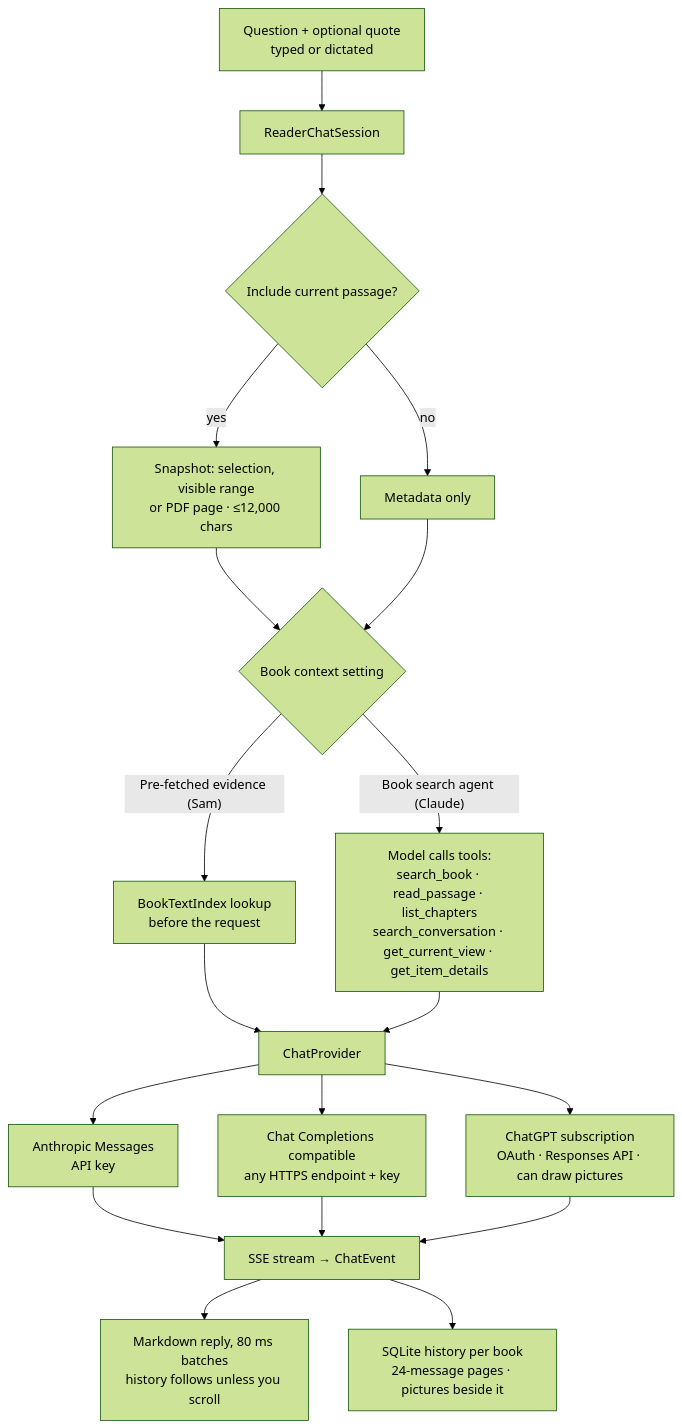
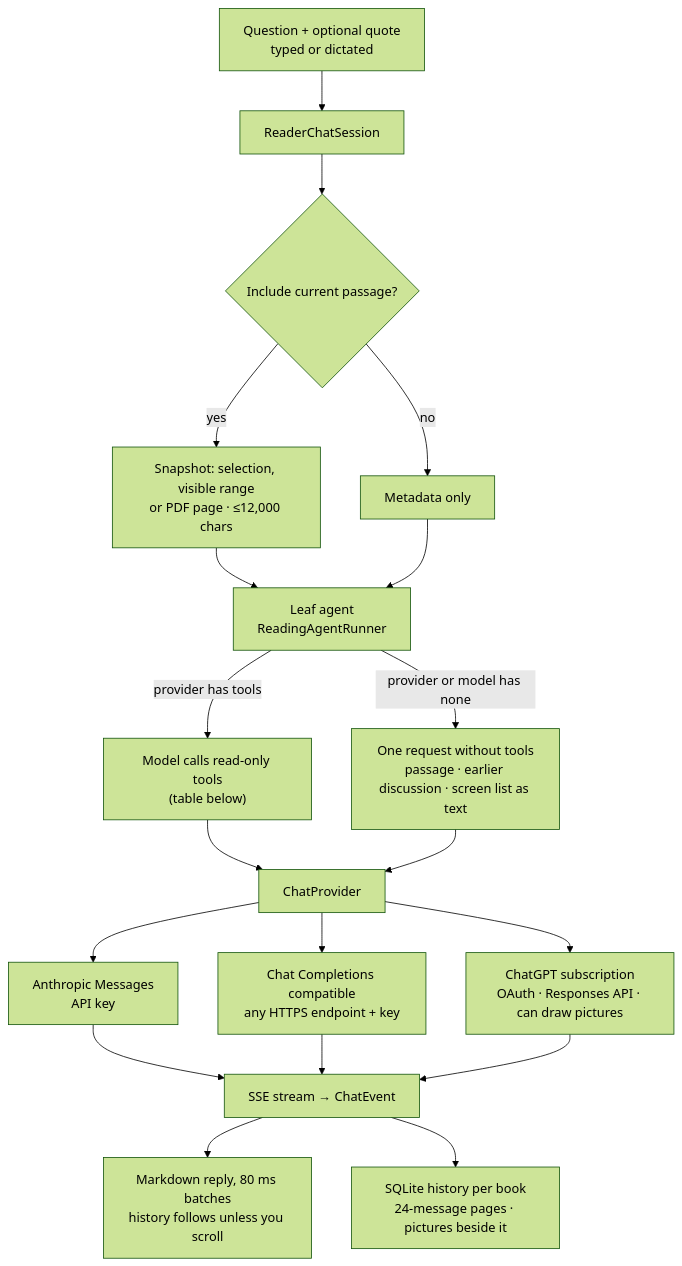
Before and after one commit to zhaoweigg/ai_reader: the seventh of 13 diagrams in README.md, drawn with Mermaid (forest theme). The commit also changed other lines of this file and 28 other files, not shown here.

First line of the commit message:
Ask Leaf reads the whole app; retire pre-fetched evidence (Leaf 1.38.0, build 145) (#129)

````diff
--- a/README.md
+++ b/README.md
@@ -207,17 +207,17 @@
 ```mermaid
 flowchart TB
     Q["Question + optional quote<br/>typed or dictated"] --> Session["ReaderChatSession"]
     Session --> Ctx{"Include current passage?"}
     Ctx -->|yes| Snap["Snapshot: selection, visible range<br/>or PDF page · ≤12,000 chars"]
     Ctx -->|no| NoCtx["Metadata only"]
-    Snap & NoCtx --> Harness{"Book context setting"}
-    Harness -->|"Pre-fetched evidence (Sam)"| Evidence["BookTextIndex lookup<br/>before the request"]
-    Harness -->|"Book search agent (Claude)"| Tools["Model calls tools:<br/>search_book · read_passage · list_chapters<br/>search_conversation · get_current_view · get_item_details"]
-    Evidence & Tools --> Provider["ChatProvider"]
+    Snap & NoCtx --> Agent["Leaf agent<br/>ReadingAgentRunner"]
+    Agent -->|"provider has tools"| Tools["Model calls read-only tools<br/>(table below)"]
+    Agent -->|"provider or model has none"| Plain["One request without tools<br/>passage · earlier discussion · screen list as text"]
+    Tools & Plain --> Provider["ChatProvider"]
     Provider --> Anthropic["Anthropic Messages<br/>API key"]
     Provider --> OpenAICompat["Chat Completions compatible<br/>any HTTPS endpoint + key"]
     Provider --> ChatGPT["ChatGPT subscription<br/>OAuth · Responses API · can draw pictures"]
     Anthropic & OpenAICompat & ChatGPT --> Stream["SSE stream → ChatEvent"]
     Stream --> Panel["Markdown reply, 80 ms batches<br/>history follows unless you scroll"]
     Stream --> HistoryDB["SQLite history per book<br/>24-message pages · pictures beside it"]
 ```
````
